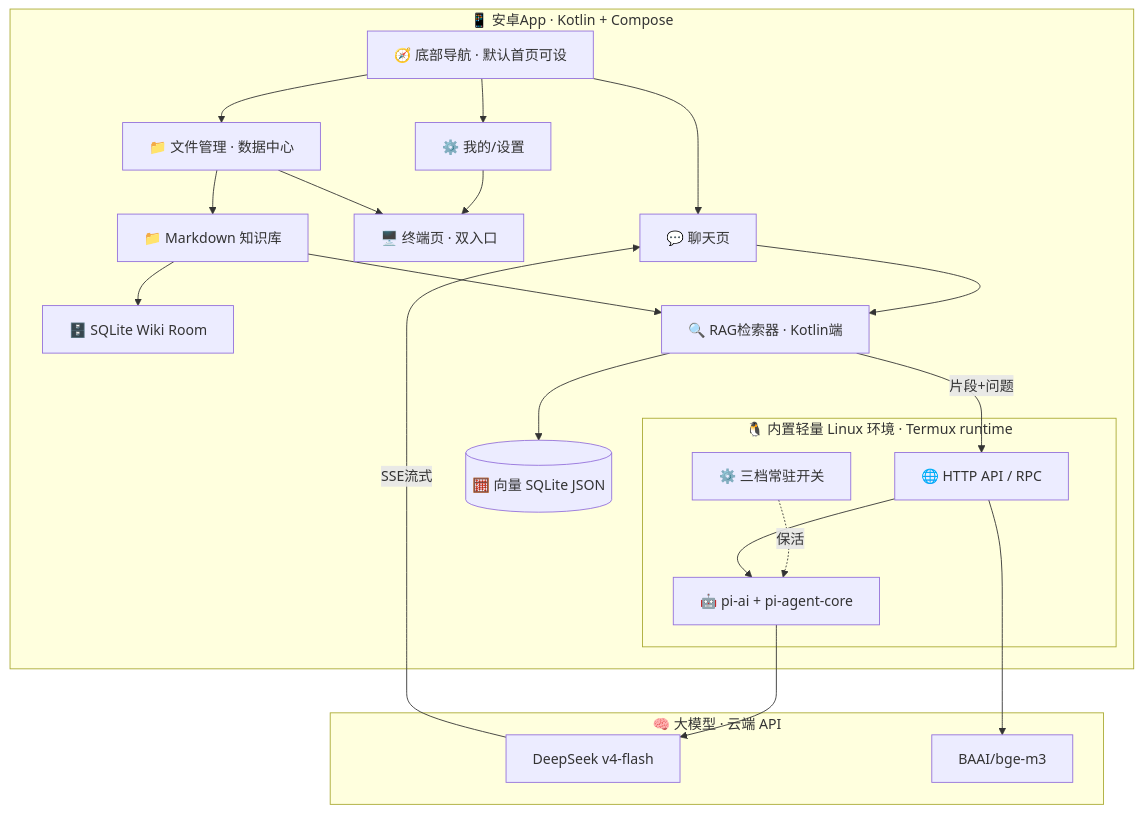
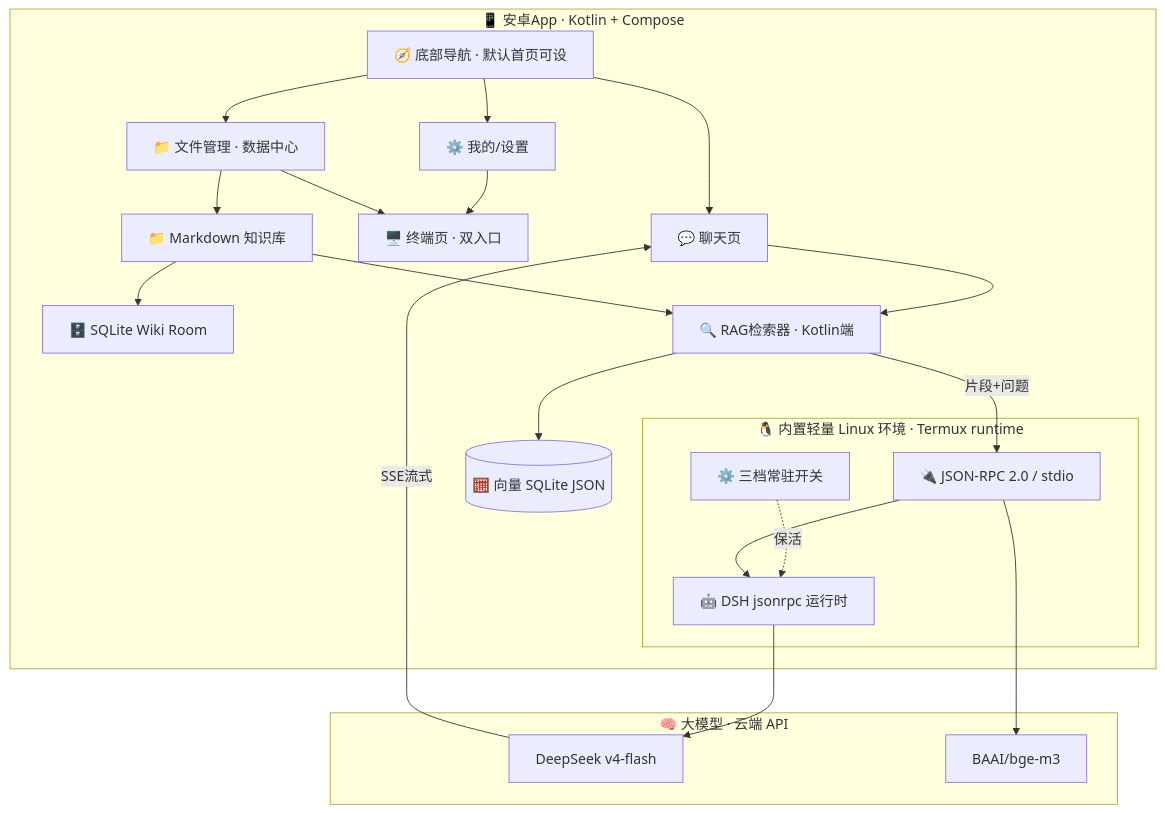
Before and after one commit to hu568/meow-academy: the diagram in PLAN.md, drawn with Mermaid. The commit also changed other lines of this file and 3 other files, not shown here.

````diff
--- a/PLAN.md
+++ b/PLAN.md
@@ -58,41 +59,41 @@
 ```mermaid
 flowchart TD
     subgraph 安卓端[📱 安卓App · Kotlin + Compose]
         NAV[🧭 底部导航 · 默认首页可设]
         CHAT[💬 聊天页]
         FILES[📁 文件管理 · 数据中心]
         SETTINGS[⚙️ 我的/设置]
         TERM[🖥️ 终端页 · 双入口]
         MD[📁 Markdown 知识库]
         WIKI[🗄️ SQLite Wiki Room]
         VEC[(🧮 向量 SQLite JSON)]
         RAG[🔍 RAG检索器 · Kotlin端]
         subgraph RUNTIME[🐧 内置轻量 Linux 环境 · Termux runtime]
-            PI[🤖 pi-ai + pi-agent-core]
-            API[🌐 HTTP API / RPC]
+            DSH[🤖 DSH jsonrpc 运行时]
+            API[🔌 JSON-RPC 2.0 / stdio]
             FGS[⚙️ 三档常驻开关]
         end
         NAV --> CHAT
         NAV --> FILES
         NAV --> SETTINGS
         SETTINGS --> TERM
         FILES --> TERM
         CHAT --> RAG
         FILES --> MD
         MD --> WIKI
         MD --> RAG
         RAG --> VEC
         RAG -->|片段+问题| API
-        FGS -.保活.-> PI
+        FGS -.保活.-> DSH
     end
 
     subgraph LLM[🧠 大模型 · 云端 API]
         CHATMODEL[DeepSeek v4-flash]
         EMB[BAAI/bge-m3]
     end
 
-    API --> PI
-    PI --> CHATMODEL
+    API --> DSH
+    DSH --> CHATMODEL
     API --> EMB
     CHATMODEL -->|SSE流式| CHAT
 ```
````
